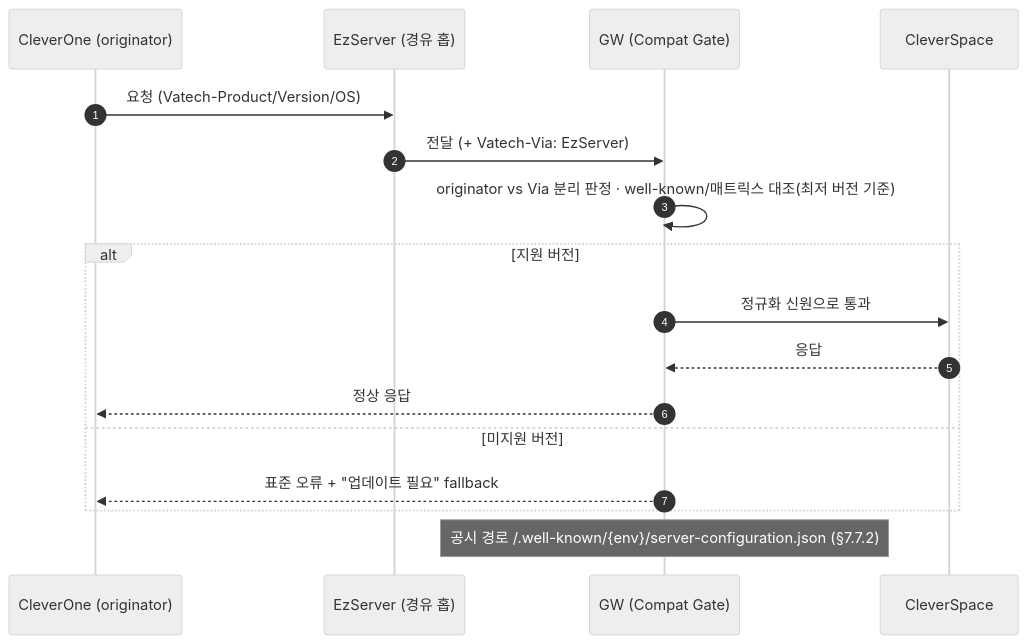
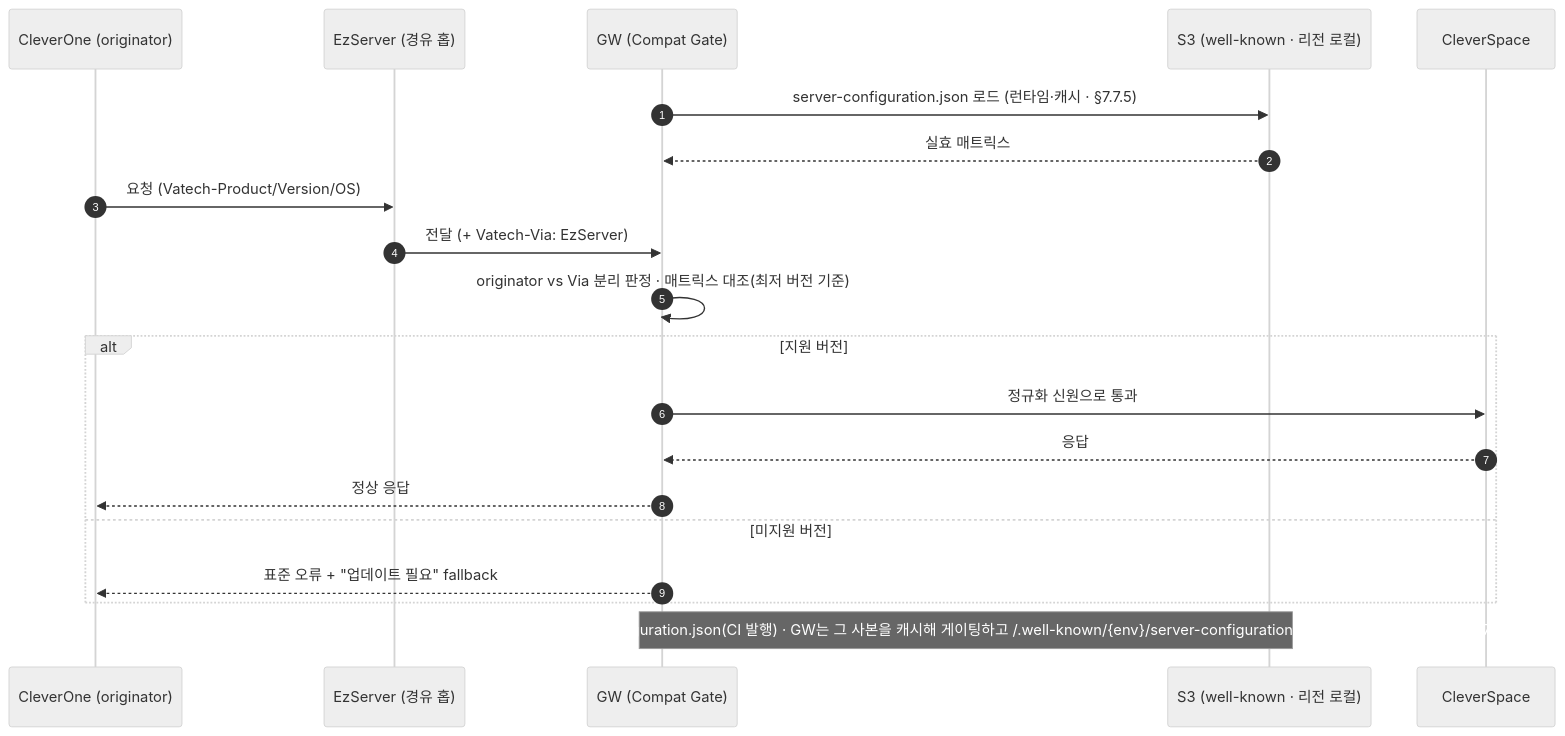
Diagram 17 of 20 in docs/VT_API_Gateway/08.VT_API_Gateway/specs/03-srs-gateway/SRS.md (gracegyu/scp-architecture), drawn with Mermaid (neutral theme) before and after one commit. The commit also changed other lines of this file and 4 other files, not shown here.

Commit message:
문서 업데이트: VT API Gateway의 호환성 매트릭스 관리 구조를 결정하고, 원본 포맷으로 YAML을 채택하여 CI 파이프라인을 통해 S3에 발행하는 방식을 명확히 하였습니다. 또한, 매트릭스 발행 및 런타임 게이팅 흐름을 추가하여 시스템 아키텍처의 일관성을 강화하였습니다. 이로써 개발자가 편집하는 원본 파일과 CI가 생성하는 서빙본 간의 관계를 명확히 하였습니다.

````diff
--- a/docs/VT_API_Gateway/08.VT_API_Gateway/specs/03-srs-gateway/SRS.md
+++ b/docs/VT_API_Gateway/08.VT_API_Gateway/specs/03-srs-gateway/SRS.md
@@ -784,19 +800,22 @@
 ```mermaid
 sequenceDiagram
     autonumber
     participant CO as CleverOne (originator)
     participant EZ as EzServer (경유 홉)
     participant GW as GW (Compat Gate)
+    participant S3 as S3 (well-known · 리전 로컬)
     participant CS as CleverSpace
+    GW->>S3: server-configuration.json 로드 (런타임·캐시 · §7.7.5)
+    S3-->>GW: 실효 매트릭스
     CO->>EZ: 요청 (Vatech-Product/Version/OS)
     EZ->>GW: 전달 (+ Vatech-Via: EzServer)
-    GW->>GW: originator vs Via 분리 판정 · well-known/매트릭스 대조(최저 버전 기준)
+    GW->>GW: originator vs Via 분리 판정 · 매트릭스 대조(최저 버전 기준)
     alt 지원 버전
         GW->>CS: 정규화 신원으로 통과
         CS-->>GW: 응답
         GW-->>CO: 정상 응답
     else 미지원 버전
         GW-->>CO: 표준 오류 + "업데이트 필요" fallback
     end
-    Note over GW: 공시 경로 /.well-known/{env}/server-configuration.json (§7.7.2)
+    Note over GW,S3: 매트릭스 원본=S3의 server-configuration.json(CI 발행) · GW는 그 사본을 캐시해 게이팅하고 /.well-known/{env}/server-configuration.json 로 서빙(이미지 미포함, §7.7.5)
 ```
````
